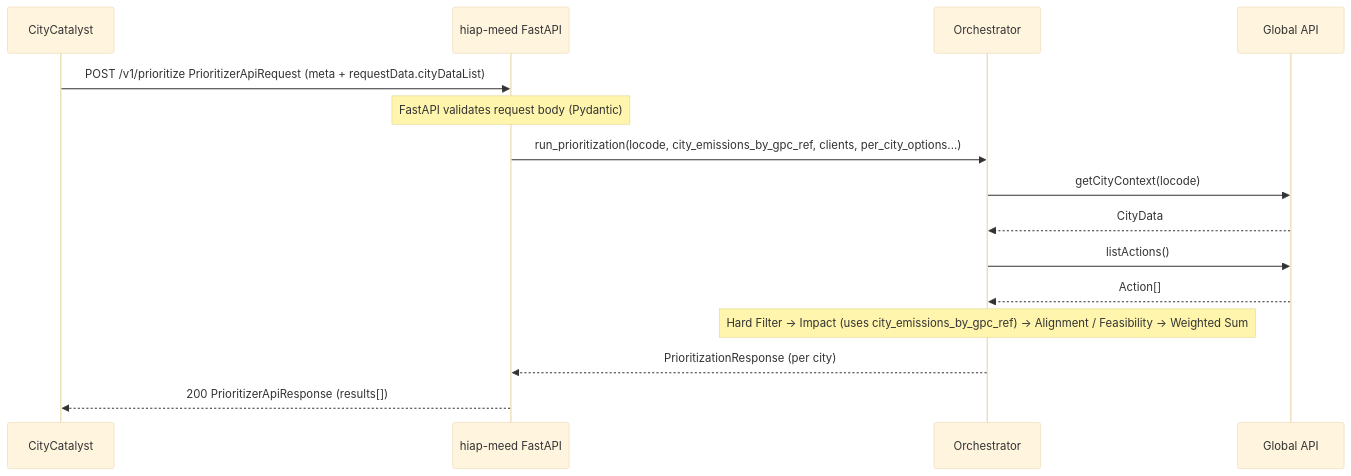
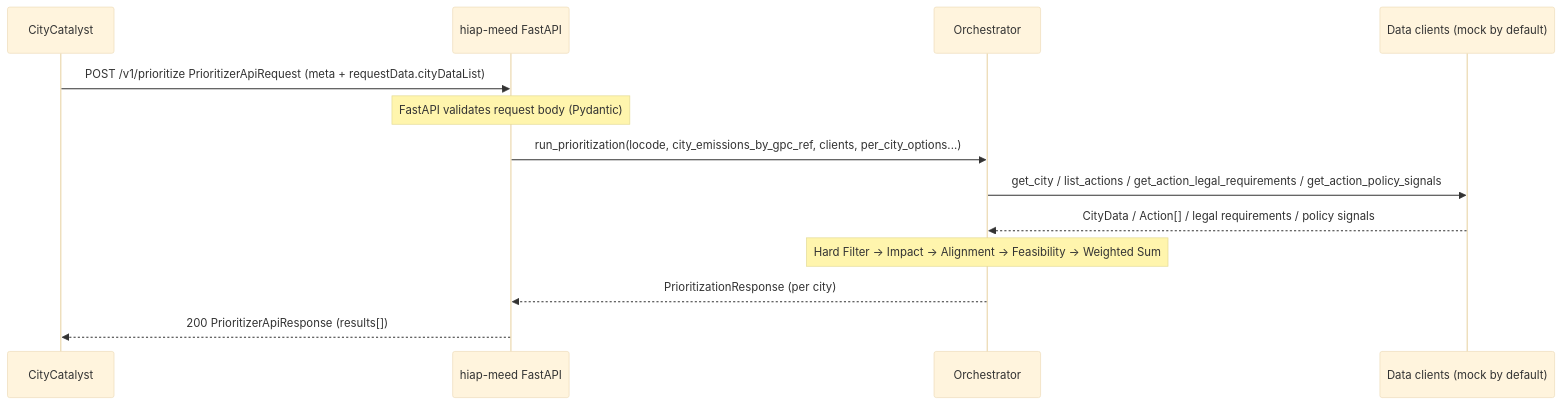
One commit to Open-Earth-Foundation/CityCatalyst changed the second of 2 diagrams in hiap-meed/docs/service-architecture.md. Above: the diagram before and after it, drawn with Mermaid (base theme). The commit also changed other lines of this file and 20 other files, not shown here.

````diff
--- a/hiap-meed/docs/service-architecture.md
+++ b/hiap-meed/docs/service-architecture.md
@@ -93,18 +93,16 @@
 ```mermaid
 sequenceDiagram
     participant CC as CityCatalyst
     participant API as hiap-meed FastAPI
     participant Orch as Orchestrator
-    participant GlobalAPI as Global API
+    participant Clients as Data clients (mock by default)
 
     CC->>API: POST /v1/prioritize PrioritizerApiRequest (meta + requestData.cityDataList)
     Note over API: FastAPI validates request body (Pydantic)
     API->>Orch: run_prioritization(locode, city_emissions_by_gpc_ref, clients, per_city_options...)
-    Orch->>GlobalAPI: getCityContext(locode)
-    GlobalAPI-->>Orch: CityData
-    Orch->>GlobalAPI: listActions()
-    GlobalAPI-->>Orch: Action[]
-    Note over Orch: Hard Filter → Impact (uses city_emissions_by_gpc_ref) → Alignment / Feasibility → Weighted Sum
+    Orch->>Clients: get_city / list_actions / get_action_legal_requirements / get_action_policy_signals
+    Clients-->>Orch: CityData / Action[] / legal requirements / policy signals
+    Note over Orch: Hard Filter -> Impact -> Alignment -> Feasibility -> Weighted Sum
     Orch-->>API: PrioritizationResponse (per city)
     API-->>CC: 200 PrioritizerApiResponse (results[])
 ```
````
